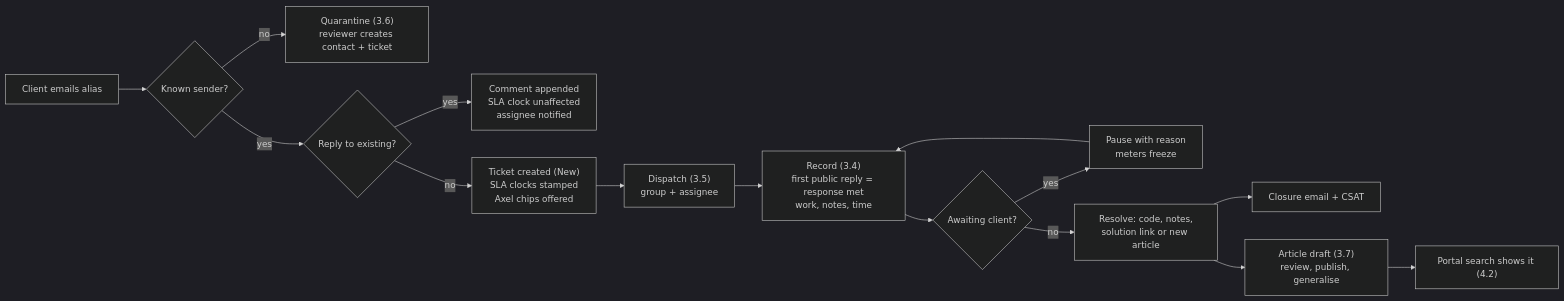
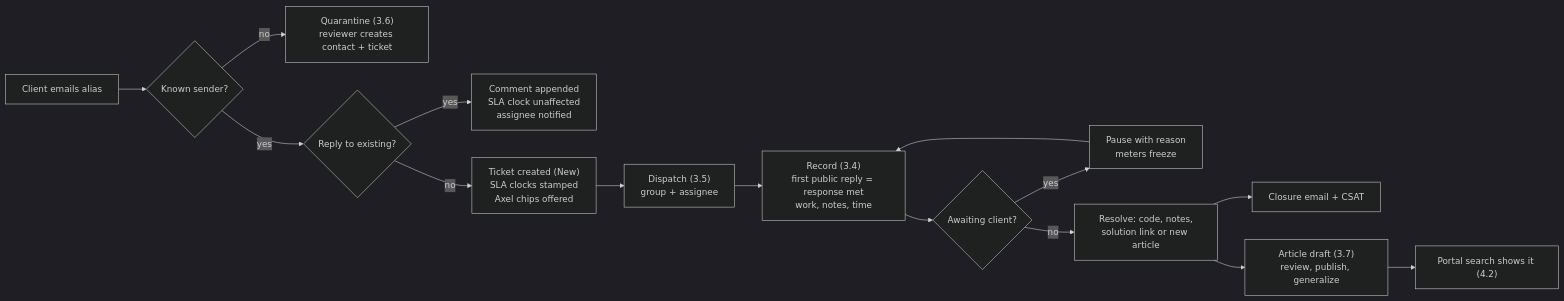
Before and after one commit to Mattb0124/xms-specs: the first of 3 diagrams in 01-architecture/USER-EXPERIENCE.md, drawn with Mermaid (dark theme). The commit also changed other lines of this file and 8 other files, not shown here.

````diff
--- a/01-architecture/USER-EXPERIENCE.md
+++ b/01-architecture/USER-EXPERIENCE.md
@@ -236,16 +236,16 @@
 ```mermaid
 flowchart LR
     A["Client emails alias"] --> B{"Known sender?"}
     B -- no --> Q["Quarantine (3.6)\nreviewer creates contact + ticket"]
     B -- yes --> C{"Reply to existing?"}
     C -- yes --> D["Comment appended\nSLA clock unaffected\nassignee notified"]
     C -- no --> E["Ticket created (New)\nSLA clocks stamped\nAxel chips offered"]
     E --> F["Dispatch (3.5)\ngroup + assignee"]
     F --> G["Record (3.4)\nfirst public reply = response met\nwork, notes, time"]
     G --> H{"Awaiting client?"}
     H -- yes --> I["Pause with reason\nmeters freeze"] --> G
     H -- no --> J["Resolve: code, notes,\nsolution link or new article"]
     J --> K["Closure email + CSAT"]
-    J --> L["Article draft (3.7)\nreview, publish, generalise"]
+    J --> L["Article draft (3.7)\nreview, publish, generalize"]
     L --> M["Portal search shows it (4.2)"]
 ```
````
